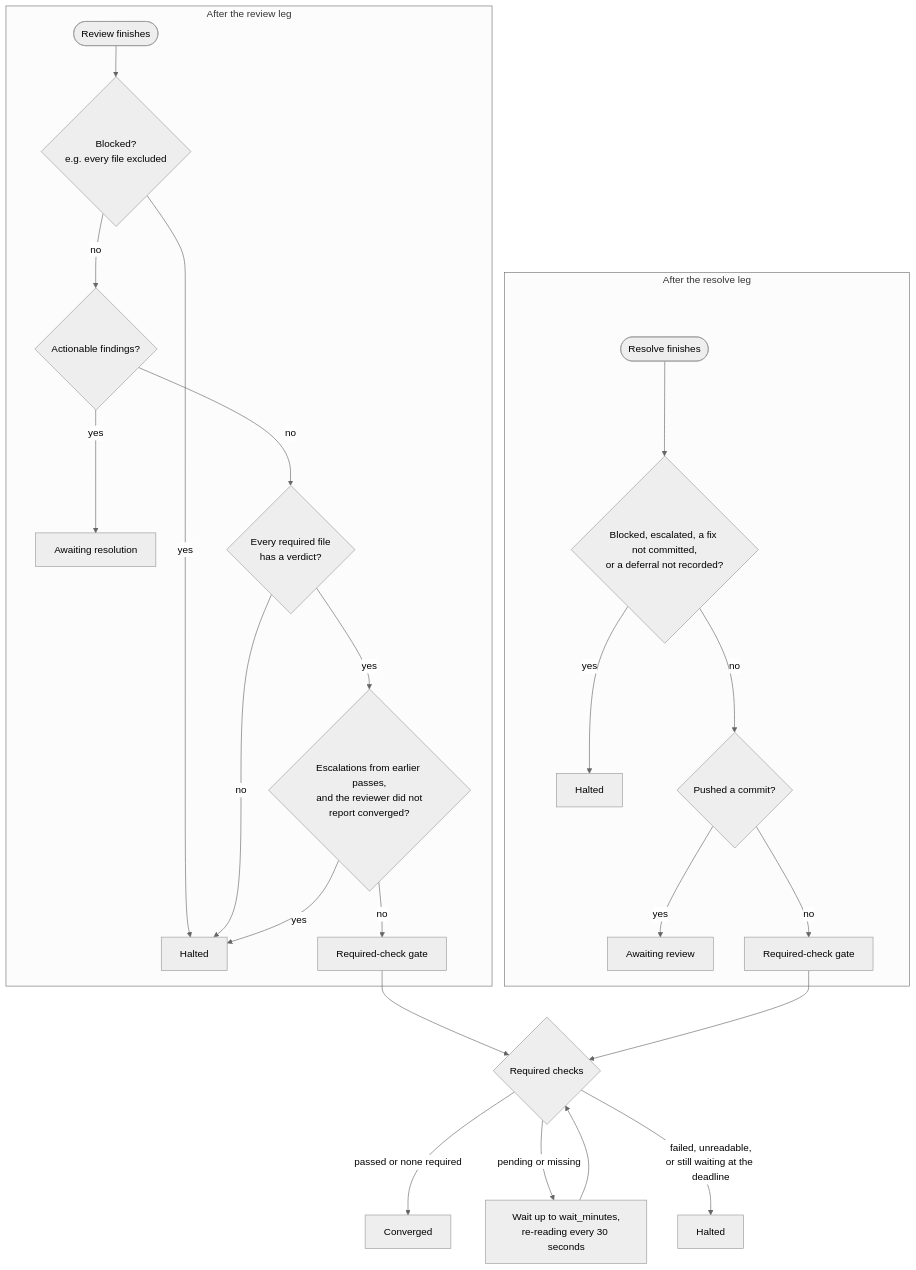
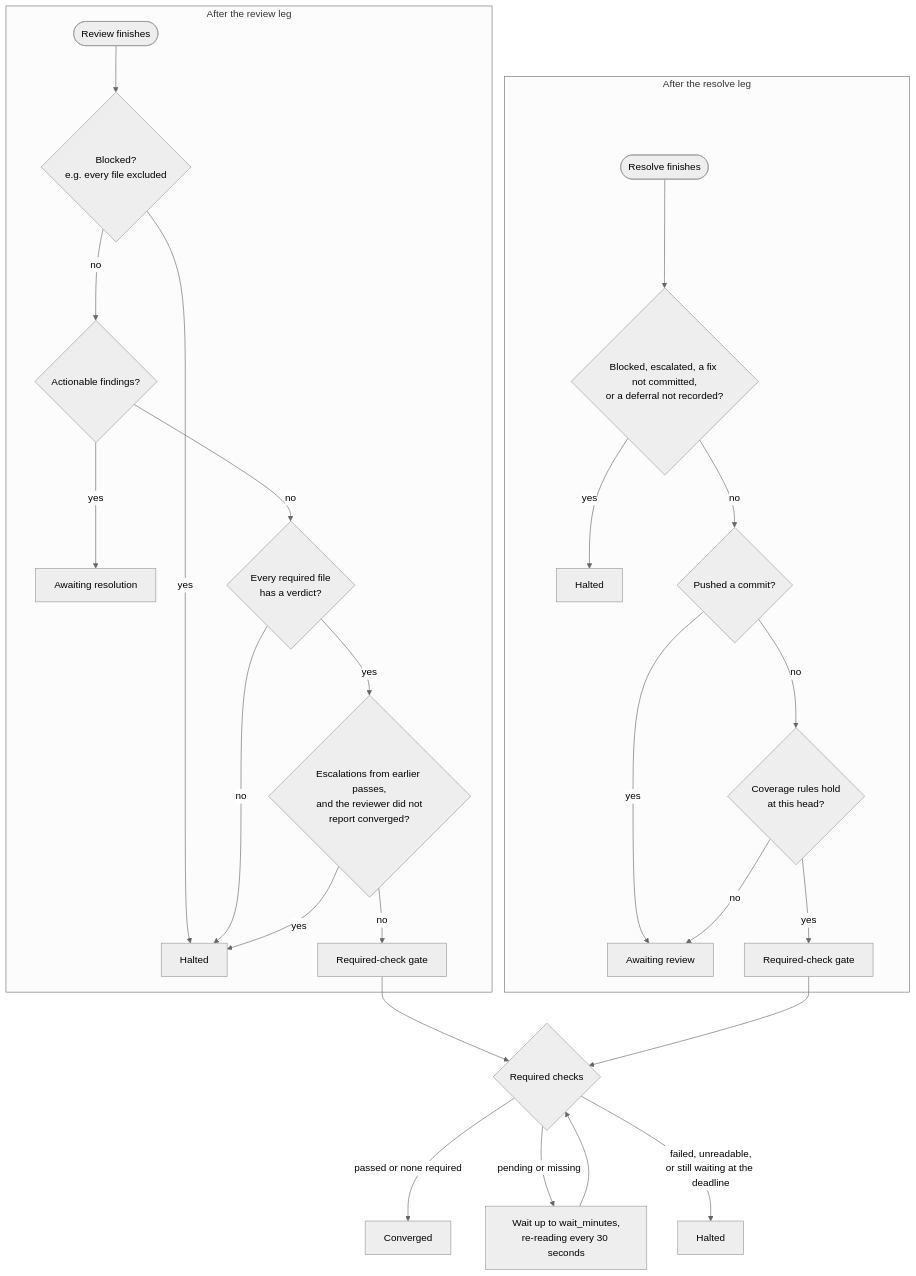
One commit to carlosboeing/crossrev changed the fourth of 7 diagrams in docs/architecture.md. Above: the diagram before and after it, drawn with Mermaid (neutral theme). The commit also changed other lines of this file, not shown here.

First line of the commit message:
docs(architecture): fix six statements the third review found wrong

````diff
--- a/docs/architecture.md
+++ b/docs/architecture.md
@@ -164,28 +164,30 @@
 ```mermaid
 flowchart TD
     subgraph rv["After the review leg"]
         r0(["Review finishes"]) --> r1{"Blocked?<br/>e.g. every file excluded"}
         r1 -->|yes| rh["Halted"]
         r1 -->|no| r2{"Actionable findings?"}
         r2 -->|yes| rr["Awaiting resolution"]
         r2 -->|no| r3{"Every required file<br/>has a verdict?"}
         r3 -->|no| rh
         r3 -->|yes| r4{"Escalations from earlier passes,<br/>and the reviewer did not<br/>report converged?"}
         r4 -->|yes| rh
         r4 -->|no| rg["Required-check gate"]
     end
     subgraph sv["After the resolve leg"]
         s0(["Resolve finishes"]) --> s1{"Blocked, escalated, a fix not committed,<br/>or a deferral not recorded?"}
         s1 -->|yes| sh["Halted"]
         s1 -->|no| s2{"Pushed a commit?"}
         s2 -->|yes| sr["Awaiting review"]
-        s2 -->|no| sg["Required-check gate"]
+        s2 -->|no| s3{"Coverage rules hold<br/>at this head?"}
+        s3 -->|no| sr
+        s3 -->|yes| sg["Required-check gate"]
     end
     gate{"Required checks"}
     rg --> gate
     sg --> gate
     gate -->|"passed or none required"| conv["Converged"]
     gate -->|"pending or missing"| wait["Wait up to wait_minutes,<br/>re-reading every 30 seconds"]
     wait --> gate
     gate -->|"failed, unreadable,<br/>or still waiting at the deadline"| gh["Halted"]
 ```
````
